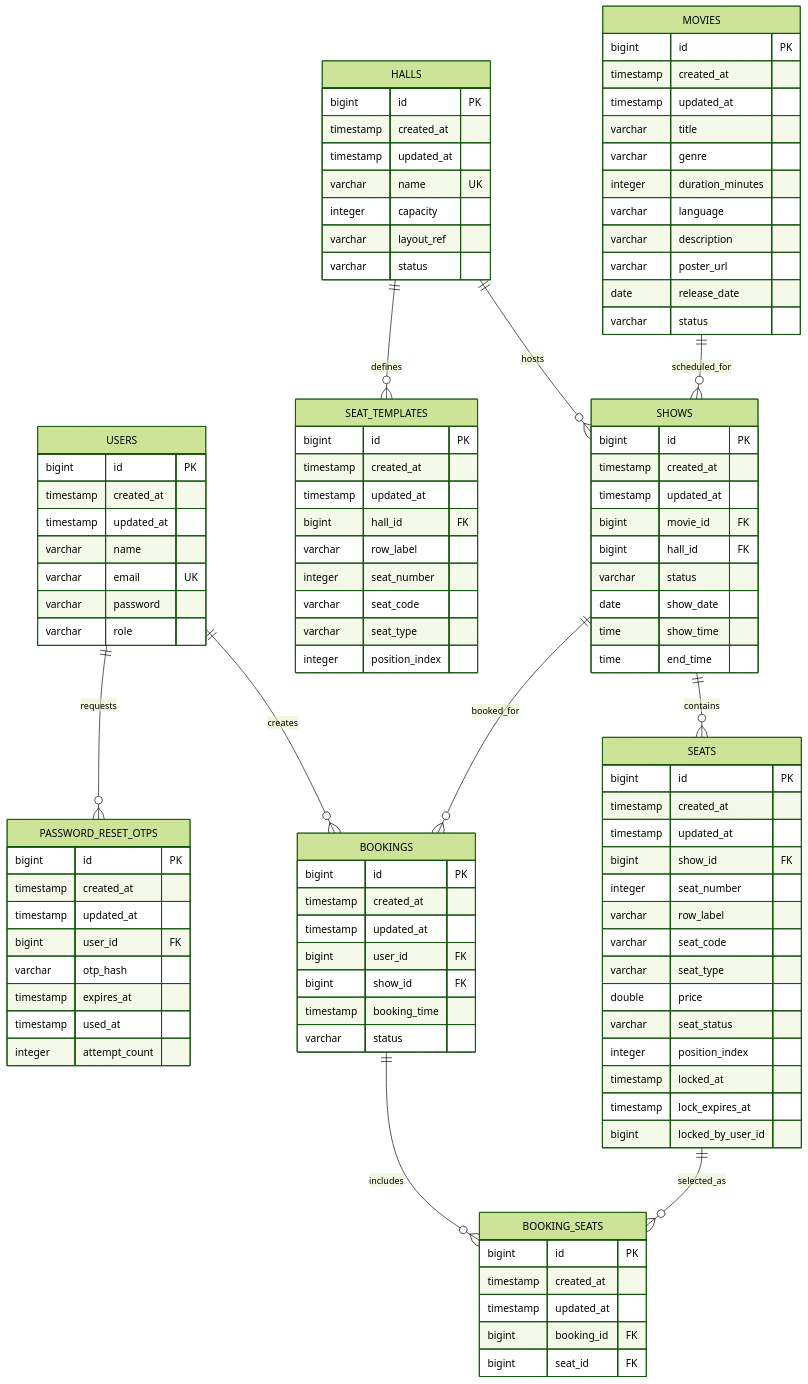
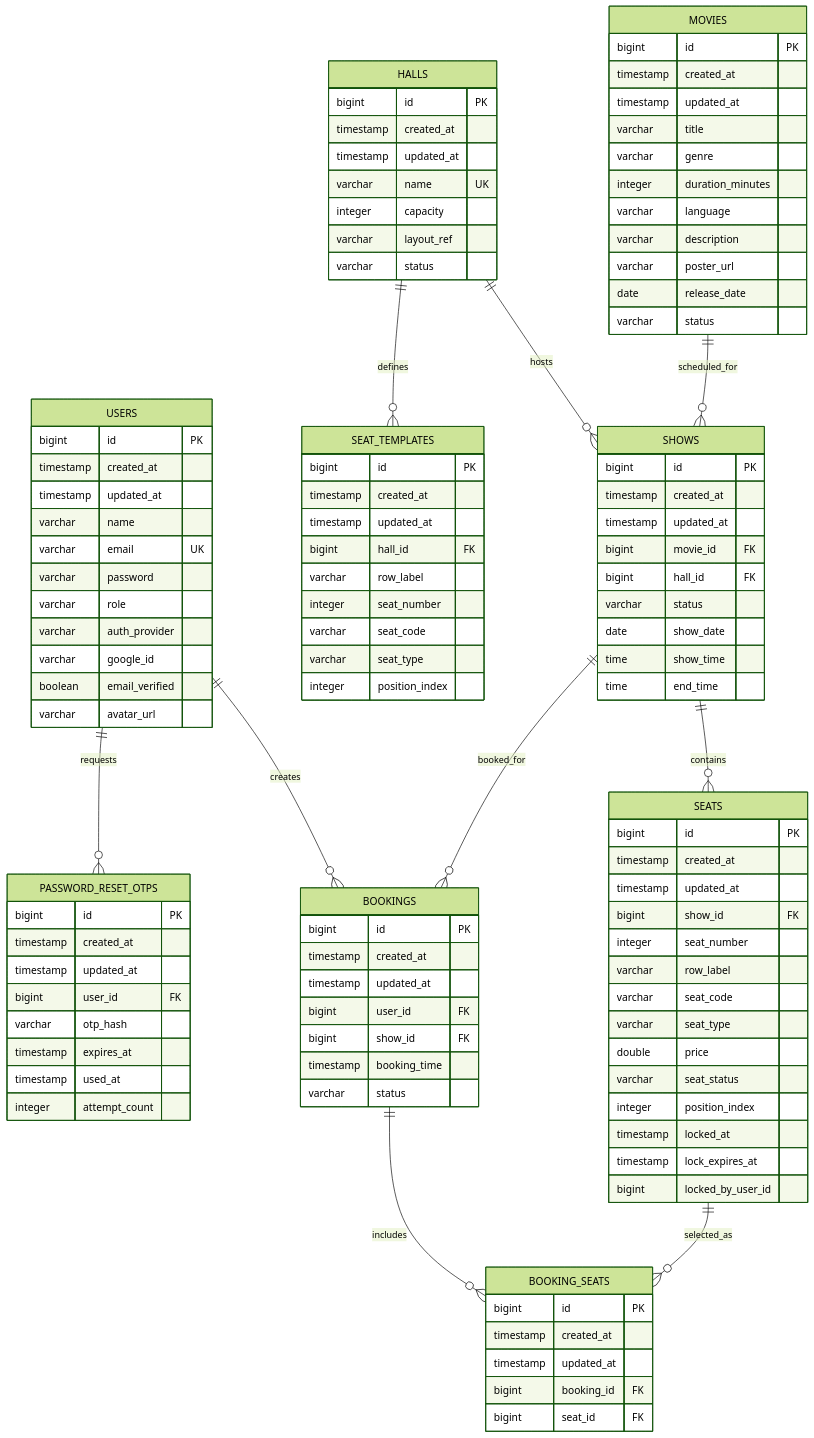
One commit to yuneshbyte01/hamro-chalchitraghar-backend changed the diagram in docs/DATABASE.md. Above: the diagram before and after it, drawn with Mermaid (forest theme). The commit also changed other lines of this file and 20 other files, not shown here.

Commit message:
feat(auth): add Google OAuth login and account linking

```diff
--- a/docs/DATABASE.md
+++ b/docs/DATABASE.md
@@ -38,6 +38,10 @@
         varchar email UK
         varchar password
         varchar role
+        varchar auth_provider
+        varchar google_id
+        boolean email_verified
+        varchar avatar_url
     }
 
     PASSWORD_RESET_OTPS {
```
